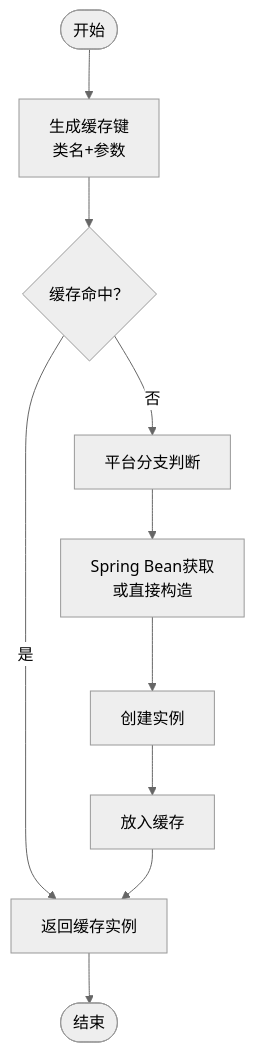
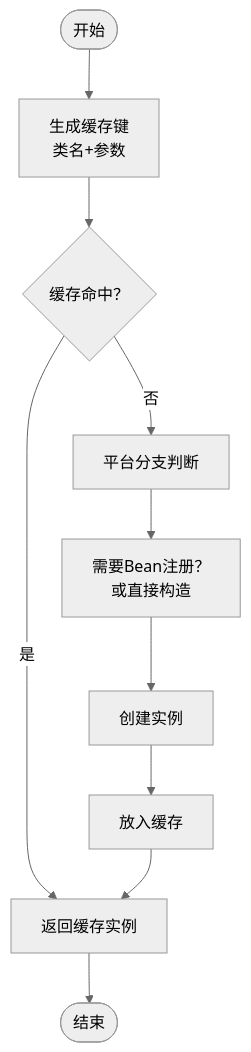
The third of 4 diagrams in .qoder/repowiki/zh/content/AI模型管理/模型工厂设计.md (X555LB/data-ai), drawn with Mermaid (neutral theme) before and after one commit. The commit also changed other lines of this file and 9 other files, not shown here.

````diff
--- a/.qoder/repowiki/zh/content/AI模型管理/模型工厂设计.md
+++ b/.qoder/repowiki/zh/content/AI模型管理/模型工厂设计.md
@@ -162,12 +152,12 @@
 ```mermaid
 flowchart TD
 Start(["开始"]) --> BuildKey["生成缓存键<br/>类名+参数"]
 BuildKey --> GetFromCache{"缓存命中？"}
 GetFromCache --> |是| ReturnCached["返回缓存实例"]
 GetFromCache --> |否| SwitchPlatform["平台分支判断"]
-SwitchPlatform --> BeanOrDirect["Spring Bean获取<br/>或直接构造"]
+SwitchPlatform --> BeanOrDirect["需要Bean注册？<br/>或直接构造"]
 BeanOrDirect --> CreateInstance["创建实例"]
 CreateInstance --> PutCache["放入缓存"]
 PutCache --> ReturnCached
 ReturnCached --> End(["结束"])
 ```
````
